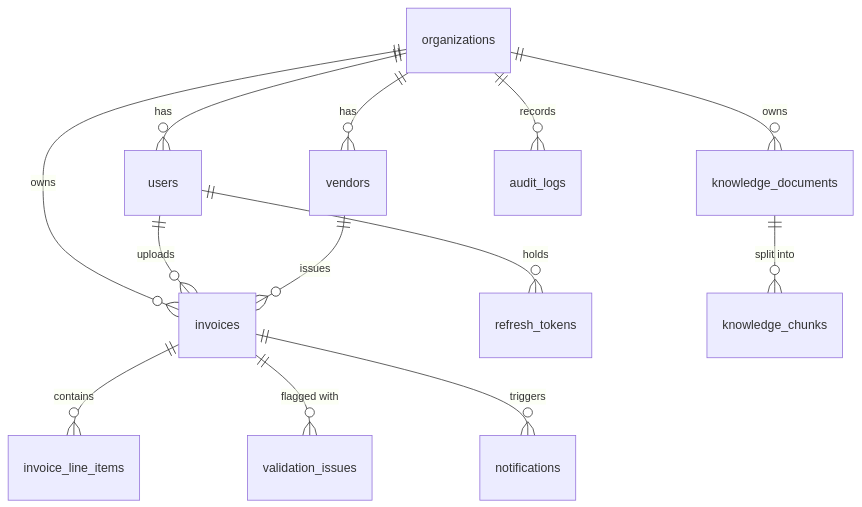
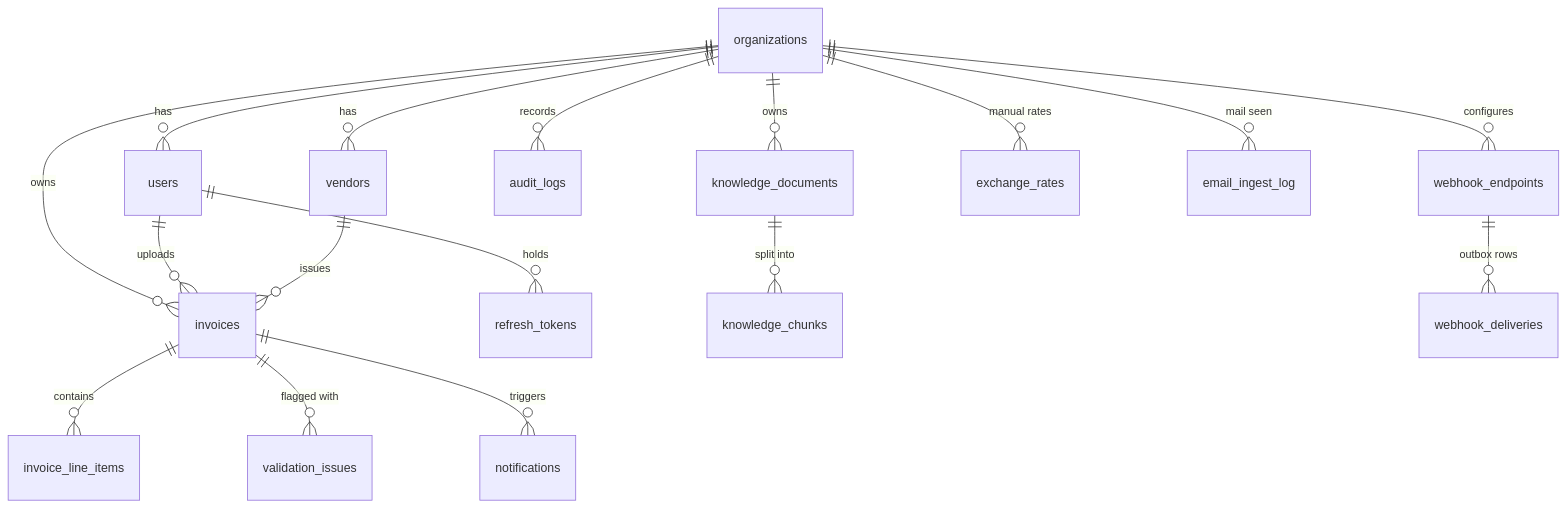
The fourth of 4 diagrams in docs/ARCHITECTURE.md (maxprogerit/InvoiceMind-AI), drawn with Mermaid before and after one commit. The commit also changed other lines of this file and 11 other files, not shown here.

````diff
--- a/docs/ARCHITECTURE.md
+++ b/docs/ARCHITECTURE.md
@@ -206,15 +258,19 @@
 ```mermaid
 erDiagram
   organizations ||--o{ users : has
   organizations ||--o{ invoices : owns
   organizations ||--o{ vendors : has
   organizations ||--o{ knowledge_documents : owns
   users ||--o{ invoices : uploads
   users ||--o{ refresh_tokens : holds
   vendors ||--o{ invoices : issues
   invoices ||--o{ invoice_line_items : contains
   invoices ||--o{ validation_issues : "flagged with"
   invoices ||--o{ notifications : triggers
   knowledge_documents ||--o{ knowledge_chunks : "split into"
   organizations ||--o{ audit_logs : records
+  organizations ||--o{ webhook_endpoints : configures
+  webhook_endpoints ||--o{ webhook_deliveries : "outbox rows"
+  organizations ||--o{ exchange_rates : "manual rates"
+  organizations ||--o{ email_ingest_log : "mail seen"
 ```
````
